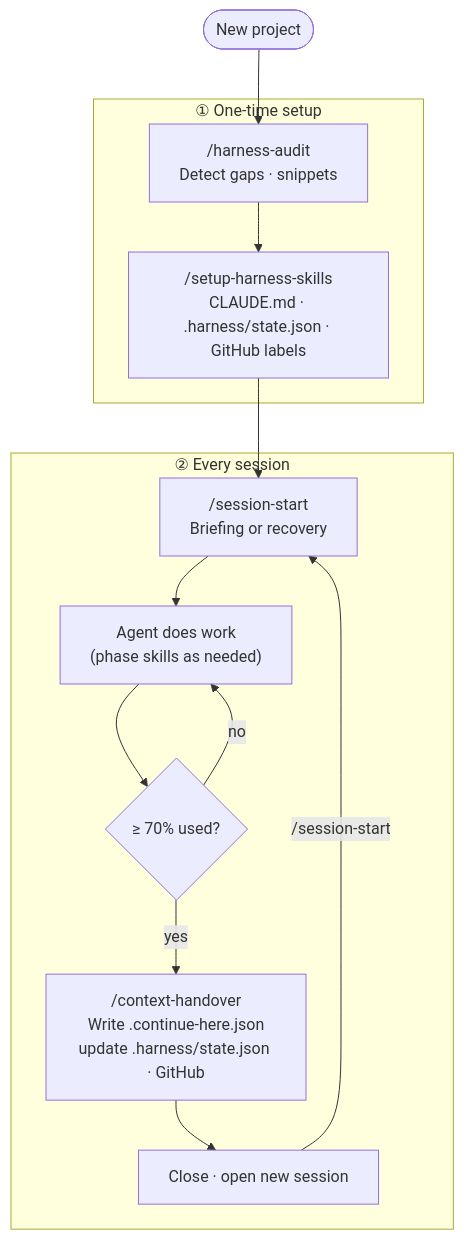
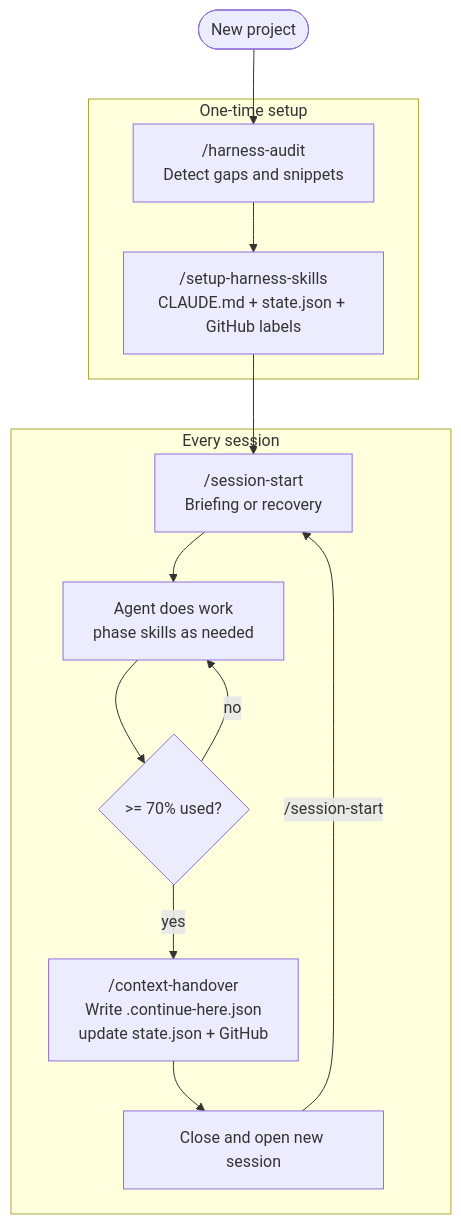
The second of 3 diagrams in README.md (ClydeShen/harness-skill), drawn with Mermaid before and after one commit. The commit also changed other lines of this file, not shown here.

First line of the commit message:
docs: fix mermaid rendering issues

````diff
--- a/README.md
+++ b/README.md
@@ -168,21 +168,21 @@
 ```mermaid
 flowchart TD
     A([New project]) --> B
 
-    subgraph ONCE["① One-time setup"]
-        B["/harness-audit<br/>Detect gaps · snippets"]
-        B --> C["/setup-harness-skills<br/>CLAUDE.md · .harness/state.json · GitHub labels"]
+    subgraph ONCE["One-time setup"]
+        B["/harness-audit<br/>Detect gaps and snippets"]
+        B --> C["/setup-harness-skills<br/>CLAUDE.md + state.json + GitHub labels"]
     end
 
     C --> D
 
-    subgraph LOOP["② Every session"]
+    subgraph LOOP["Every session"]
         D["/session-start<br/>Briefing or recovery"]
-        D --> WORK["Agent does work<br/>(phase skills as needed)"]
-        WORK --> CTX{"≥ 70% used?"}
-        CTX -->|yes| HO["/context-handover<br/>Write .continue-here.json<br/>update .harness/state.json · GitHub"]
-        HO --> COM["Close · open new session"]
+        D --> WORK["Agent does work<br/>phase skills as needed"]
+        WORK --> CTX{">= 70% used?"}
+        CTX -->|yes| HO["/context-handover<br/>Write .continue-here.json<br/>update state.json + GitHub"]
+        HO --> COM["Close and open new session"]
         COM -->|"/session-start"| D
         CTX -->|no| WORK
     end
 ```
````
